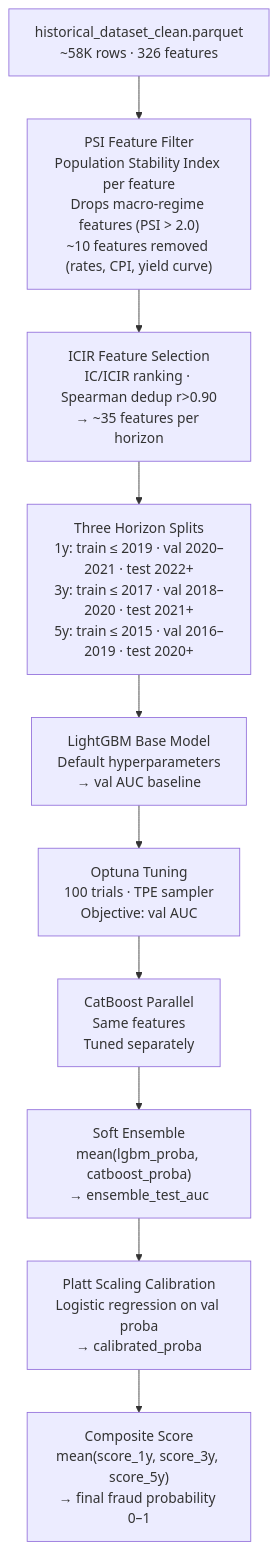
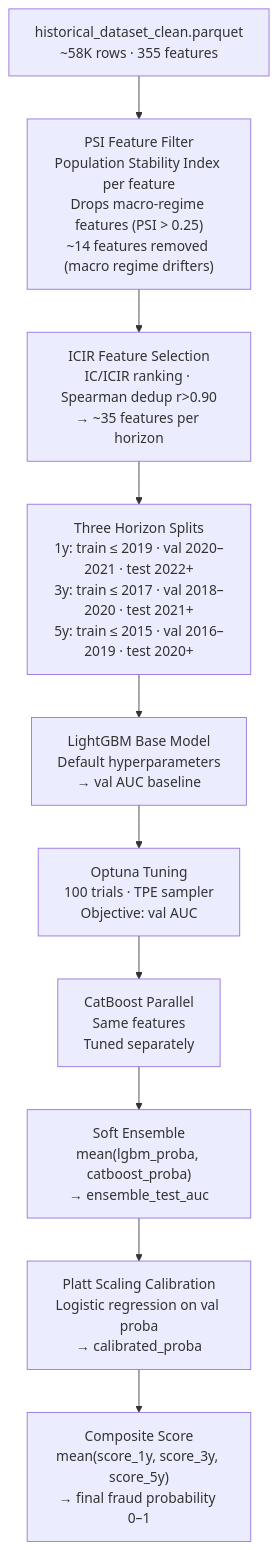
Before and after one commit to sherlock718/stock-fraud-screener: the diagram in docs/methodology/models.md, drawn with Mermaid. The commit also changed 6 other files, not shown here.

````diff
--- a/docs/methodology/models.md
+++ b/docs/methodology/models.md
@@ -5,12 +5,12 @@
 ```mermaid
 flowchart TD
-    A["historical_dataset_clean.parquet<br/>~58K rows · 326 features"] --> PSI["PSI Feature Filter<br/>Population Stability Index per feature<br/>Drops macro-regime features (PSI > 2.0)<br/>~10 features removed (rates, CPI, yield curve)"]
+    A["historical_dataset_clean.parquet<br/>~58K rows · 355 features"] --> PSI["PSI Feature Filter<br/>Population Stability Index per feature<br/>Drops macro-regime features (PSI > 0.25)<br/>~14 features removed (macro regime drifters)"]
     PSI --> B["ICIR Feature Selection<br/>IC/ICIR ranking · Spearman dedup r>0.90<br/>→ ~35 features per horizon"]
     B --> C["Three Horizon Splits<br/>1y: train ≤ 2019 · val 2020–2021 · test 2022+<br/>3y: train ≤ 2017 · val 2018–2020 · test 2021+<br/>5y: train ≤ 2015 · val 2016–2019 · test 2020+"]
     C --> D["LightGBM Base Model<br/>Default hyperparameters<br/>→ val AUC baseline"]
     D --> E["Optuna Tuning<br/>100 trials · TPE sampler<br/>Objective: val AUC"]
     E --> F["CatBoost Parallel<br/>Same features<br/>Tuned separately"]
     F --> G["Soft Ensemble<br/>mean(lgbm_proba, catboost_proba)<br/>→ ensemble_test_auc"]
     G --> H["Platt Scaling Calibration<br/>Logistic regression on val proba<br/>→ calibrated_proba"]
     H --> I["Composite Score<br/>mean(score_1y, score_3y, score_5y)<br/>→ final fraud probability 0–1"]
 ```
````
